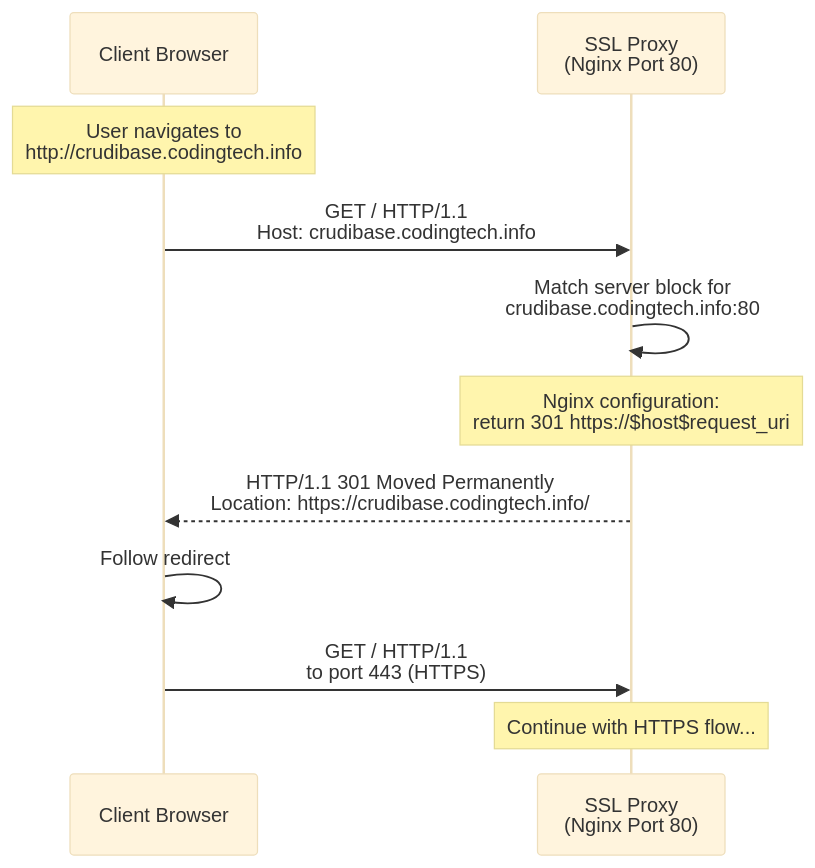
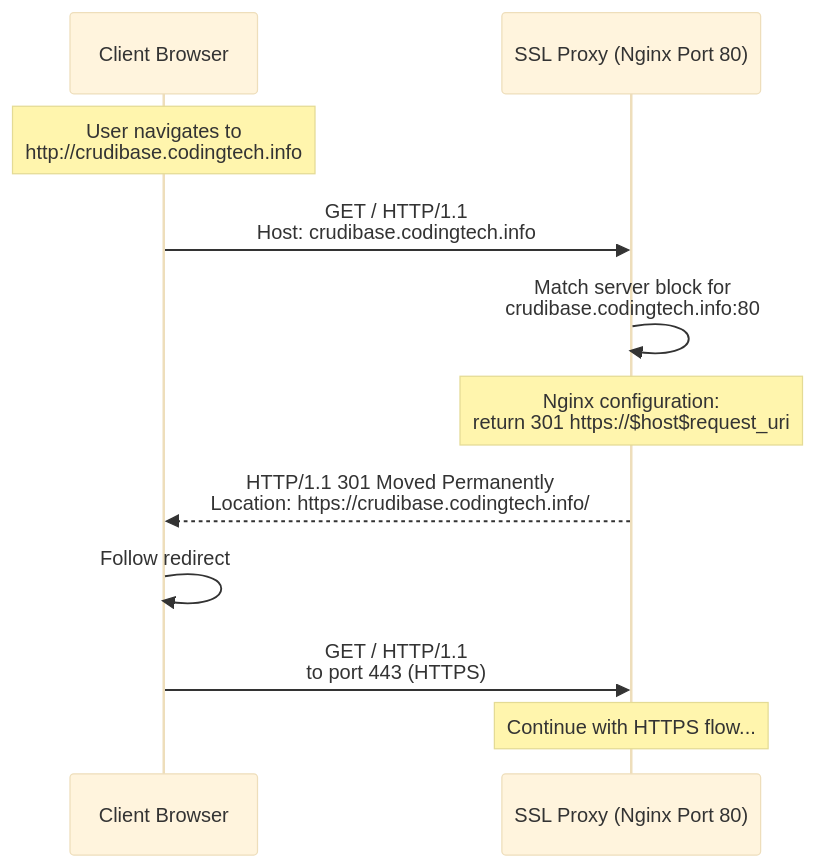
One commit to softwarewrighter/ssl-proxy-for-do changed the third of 10 diagrams in wiki/Request-Flow.md. Above: the diagram before and after it, drawn with Mermaid (base theme). The commit also changed other lines of this file and 2 other files, not shown here.

First line of the commit message:
Fix Mermaid sequence diagram syntax errors

````diff
--- a/wiki/Request-Flow.md
+++ b/wiki/Request-Flow.md
@@ -145,20 +145,20 @@
 ```mermaid
 sequenceDiagram
     participant Client as Client Browser
-    participant SSLProxy as SSL Proxy<br/>(Nginx Port 80)
+    participant SSLProxy as SSL Proxy (Nginx Port 80)
 
     Note over Client: User navigates to<br/>http://crudibase.codingtech.info
 
     Client->>SSLProxy: GET / HTTP/1.1<br/>Host: crudibase.codingtech.info
 
     SSLProxy->>SSLProxy: Match server block for<br/>crudibase.codingtech.info:80
 
     Note over SSLProxy: Nginx configuration:<br/>return 301 https://$host$request_uri;
 
     SSLProxy-->>Client: HTTP/1.1 301 Moved Permanently<br/>Location: https://crudibase.codingtech.info/
 
     Client->>Client: Follow redirect
     Client->>SSLProxy: GET / HTTP/1.1<br/>to port 443 (HTTPS)
 
     Note over SSLProxy: Continue with HTTPS flow...
 ```
````
